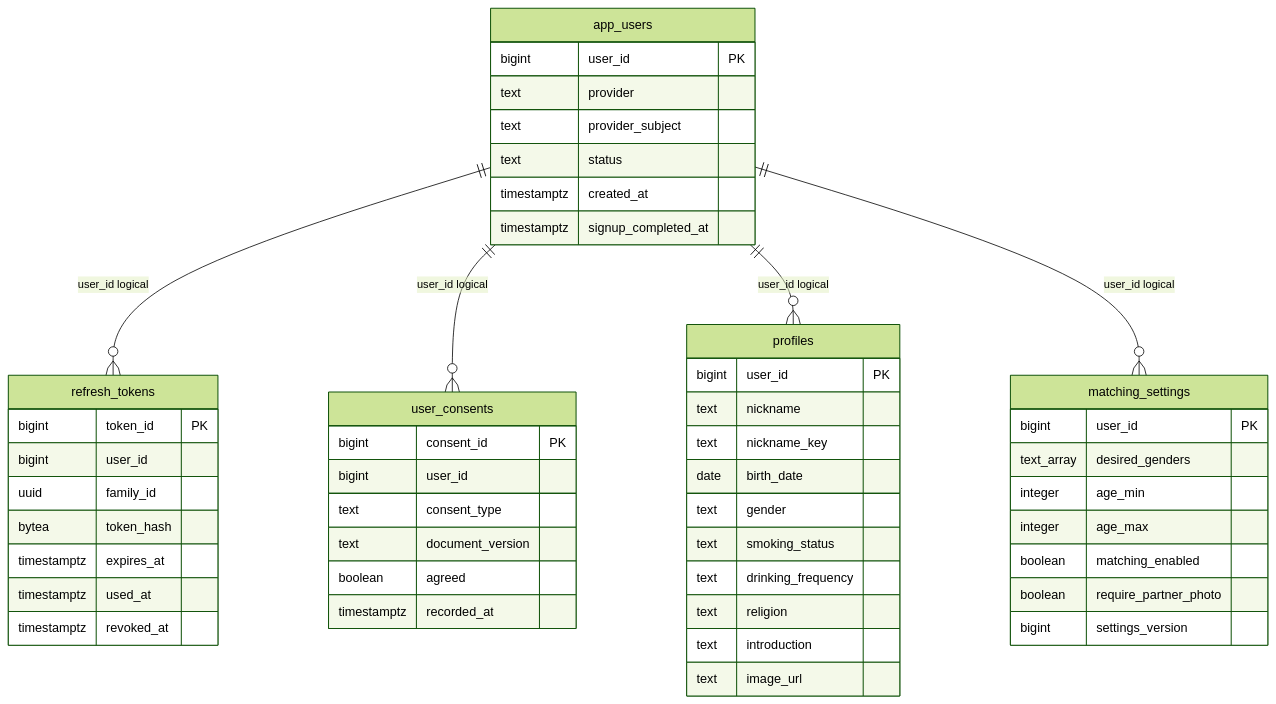
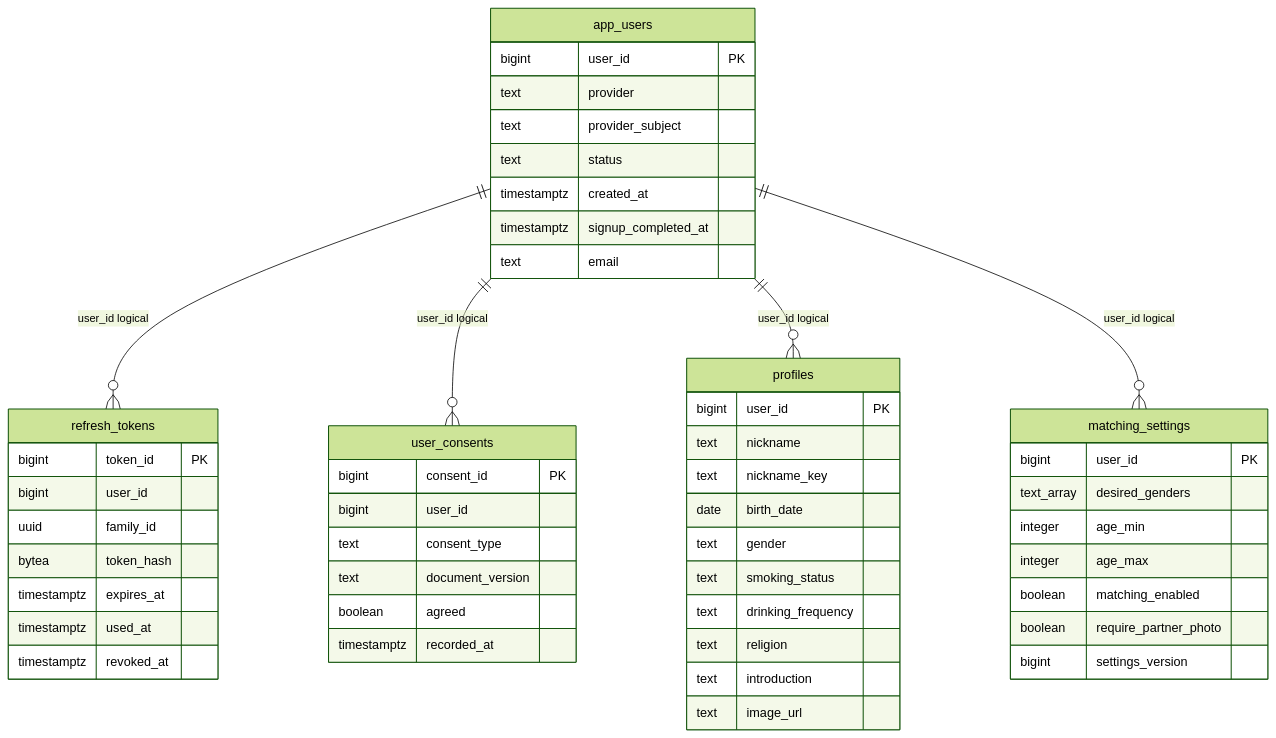
Before and after one commit to j-moo/Tingle: the first of 4 diagrams in docs/database/erd.md, drawn with Mermaid (forest theme). The commit also changed other lines of this file and 62 other files, not shown here.

````diff
--- a/docs/database/erd.md
+++ b/docs/database/erd.md
@@ -50,53 +50,54 @@
 ```mermaid
 erDiagram
     app_users {
         bigint user_id PK
         text provider
         text provider_subject
         text status
         timestamptz created_at
         timestamptz signup_completed_at
+        text email
     }
     refresh_tokens {
         bigint token_id PK
         bigint user_id
         uuid family_id
         bytea token_hash
         timestamptz expires_at
         timestamptz used_at
         timestamptz revoked_at
     }
     user_consents {
         bigint consent_id PK
         bigint user_id
         text consent_type
         text document_version
         boolean agreed
         timestamptz recorded_at
     }
     profiles {
         bigint user_id PK
         text nickname
         text nickname_key
         date birth_date
         text gender
         text smoking_status
         text drinking_frequency
         text religion
         text introduction
         text image_url
     }
     matching_settings {
         bigint user_id PK
         text_array desired_genders
         integer age_min
         integer age_max
         boolean matching_enabled
         boolean require_partner_photo
         bigint settings_version
     }
     app_users ||--o{ refresh_tokens : "user_id logical"
     app_users ||--o{ user_consents : "user_id logical"
     app_users ||--o{ profiles : "user_id logical"
     app_users ||--o{ matching_settings : "user_id logical"
 ```
````
